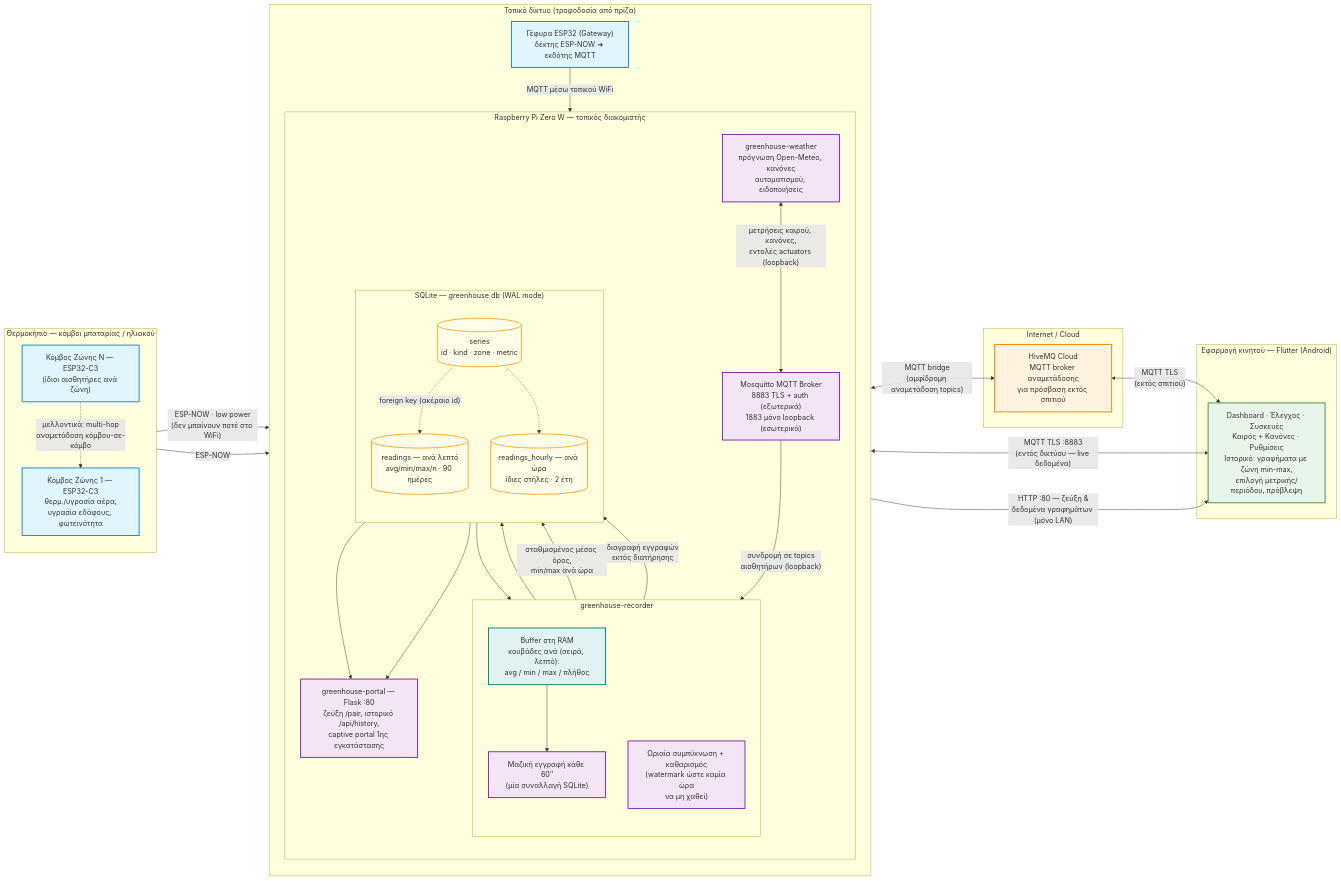
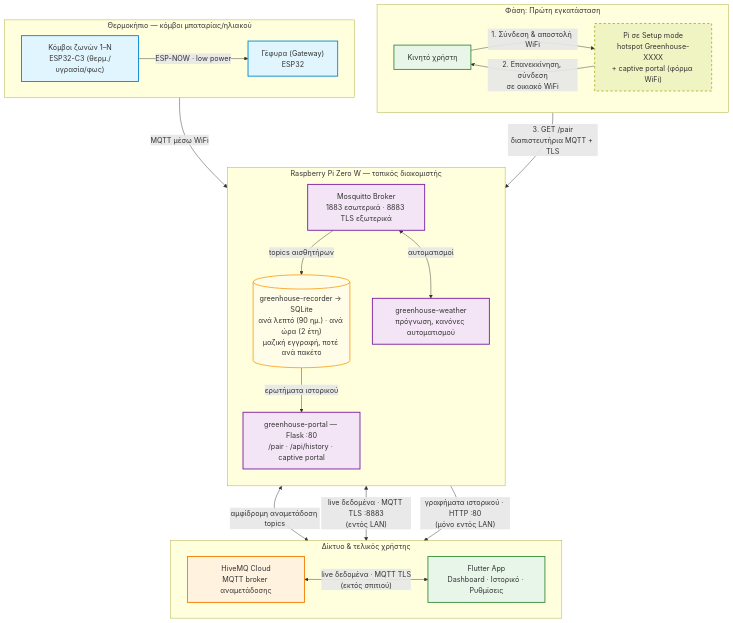
The diagram in docs/ARCHITECTURE.md (vtsitotas/GreenHouse), drawn with Mermaid before and after one commit. The commit also changed other lines of this file, not shown here.

Commit message:
docs: simplify architecture diagram into one flowchart incl. setup phase

````diff
--- a/docs/ARCHITECTURE.md
+++ b/docs/ARCHITECTURE.md
@@ -30,72 +25,53 @@
 ```mermaid
-flowchart LR
+flowchart TB
     classDef hw fill:#e1f5fe,stroke:#0288d1,stroke-width:2px;
     classDef sw fill:#f3e5f5,stroke:#7b1fa2,stroke-width:2px;
     classDef db fill:#fffde7,stroke:#f9a825,stroke-width:2px;
-    classDef mem fill:#e0f2f1,stroke:#00796b,stroke-width:2px;
     classDef cloud fill:#fff3e0,stroke:#f57c00,stroke-width:2px;
     classDef client fill:#e8f5e9,stroke:#388e3c,stroke-width:2px;
+    classDef setup fill:#f0f4c3,stroke:#afb42b,stroke-width:2px,stroke-dasharray: 5 5;
 
-    subgraph Field ["Θερμοκήπιο — κόμβοι μπαταρίας / ηλιακού"]
-        direction TB
-        Node1["Κόμβος Ζώνης 1 — ESP32-C3<br/>θερμ./υγρασία αέρα,<br/>υγρασία εδάφους, φωτεινότητα"]:::hw
-        NodeN["Κόμβος Ζώνης N — ESP32-C3<br/>(ίδιοι αισθητήρες ανά ζώνη)"]:::hw
+    %% -- Φάση 1: Πρώτη εγκατάσταση --
+    subgraph Setup ["Φάση: Πρώτη εγκατάσταση"]
+        direction LR
+        S_Phone["Κινητό χρήστη"]:::client
+        S_AP["Pi σε Setup mode<br/>hotspot Greenhouse-XXXX<br/>+ captive portal (φόρμα WiFi)"]:::setup
+        S_Phone -->|"1. Σύνδεση & αποστολή WiFi"| S_AP
+        S_AP -->|"2. Επανεκκίνηση, σύνδεση<br/>σε οικιακό WiFi"| S_Phone
     end
 
-    subgraph LAN ["Τοπικό δίκτυο (τροφοδοσία από πρίζα)"]
-        direction TB
-        Bridge["Γέφυρα ESP32 (Gateway)<br/>δέκτης ESP-NOW ➜ εκδότης MQTT"]:::hw
-
-        subgraph Pi ["Raspberry Pi Zero W — τοπικός διακομιστής"]
-            direction TB
-            Broker["Mosquitto MQTT Broker<br/>8883 TLS + auth (εξωτερικά)<br/>1883 μόνο loopback (εσωτερικά)"]:::sw
-            Weather["greenhouse-weather<br/>πρόγνωση Open-Meteo, κανόνες<br/>αυτοματισμού, ειδοποιήσεις"]:::sw
-
-            subgraph Rec ["greenhouse-recorder"]
-                direction TB
-                Buffer["Buffer στη RAM<br/>κουβάδες ανά (σειρά, λεπτό):<br/>avg / min / max / πλήθος"]:::mem
-                Flush["Μαζική εγγραφή κάθε 60″<br/>(μία συναλλαγή SQLite)"]:::sw
-                Rollup["Ωριαία συμπύκνωση + καθαρισμός<br/>(watermark ώστε καμία ώρα<br/>να μη χαθεί)"]:::sw
-            end
-
-            subgraph DB ["SQLite — greenhouse.db (WAL mode)"]
-                direction TB
-                Series[("series<br/>id · kind · zone · metric")]:::db
-                Readings[("readings — ανά λεπτό<br/>avg/min/max/n · 90 ημέρες")]:::db
-                Hourly[("readings_hourly — ανά ώρα<br/>ίδιες στήλες · 2 έτη")]:::db
-            end
-
-            Portal["greenhouse-portal — Flask :80<br/>ζεύξη /pair, ιστορικό /api/history,<br/>captive portal 1ης εγκατάστασης"]:::sw
-        end
+    %% -- Θερμοκήπιο --
+    subgraph Field ["Θερμοκήπιο — κόμβοι μπαταρίας/ηλιακού"]
+        direction LR
+        Nodes["Κόμβοι ζωνών 1–N<br/>ESP32-C3 (θερμ./υγρασία/φως)"]:::hw
+        Bridge["Γέφυρα (Gateway)<br/>ESP32"]:::hw
+        Nodes -->|"ESP-NOW · low power"| Bridge
     end
 
-    subgraph Cloud ["Internet / Cloud"]
-        HiveMQ["HiveMQ Cloud<br/>MQTT broker αναμετάδοσης<br/>για πρόσβαση εκτός σπιτιού"]:::cloud
+    %% -- Raspberry Pi --
+    subgraph Pi ["Raspberry Pi Zero W — τοπικός διακομιστής"]
+        direction TB
+        Broker["Mosquitto Broker<br/>1883 εσωτερικά · 8883 TLS εξωτερικά"]:::sw
+        Weather["greenhouse-weather<br/>πρόγνωση, κανόνες αυτοματισμού"]:::sw
+        Recorder[("greenhouse-recorder → SQLite<br/>ανά λεπτό (90 ημ.) · ανά ώρα (2 έτη)<br/>μαζική εγγραφή, ποτέ ανά πακέτο")]:::db
+        Portal["greenhouse-portal — Flask :80<br/>/pair · /api/history · captive portal"]:::sw
+
+        Broker -->|"topics αισθητήρων"| Recorder
+        Broker <-->|"αυτοματισμοί"| Weather
+        Recorder -->|"ερωτήματα ιστορικού"| Portal
     end
 
-    subgraph Phone ["Εφαρμογή κινητού — Flutter (Android)"]
-        AppUI["Dashboard · Έλεγχος · Συσκευές<br/>Καιρός + Κανόνες · Ρυθμίσεις<br/>Ιστορικό: γραφήματα με ζώνη min-max,<br/>επιλογή μετρικής/περιόδου, πρόβλεψη"]:::client
+    %% -- Cloud & Εφαρμογή --
+    subgraph External ["Δίκτυο & τελικός χρήστης"]
+        direction LR
+        HiveMQ["HiveMQ Cloud<br/>MQTT broker αναμετάδοσης"]:::cloud
+        App["Flutter App<br/>Dashboard · Ιστορικό · Ρυθμίσεις"]:::client
     end
 
-    Node1 -->|"ESP-NOW · low power<br/>(δεν μπαίνουν ποτέ στο WiFi)"| Bridge
-    NodeN -->|"ESP-NOW"| Bridge
-    NodeN -.->|"μελλοντικά: multi-hop<br/>αναμετάδοση κόμβου-σε-κόμβο"| Node1
-
-    Bridge -->|"MQTT μέσω τοπικού WiFi"| Broker
-    Broker -->|"συνδρομή σε topics<br/>αισθητήρων (loopback)"| Buffer
-    Weather <-->|"μετρήσεις καιρού, κανόνες,<br/>εντολές actuators (loopback)"| Broker
-
-    Buffer --> Flush --> Readings
-    Readings --> Rollup
-    Rollup -->|"σταθμισμένος μέσος όρος,<br/>min/max ανά ώρα"| Hourly
-    Rollup -->|"διαγραφή εγγραφών<br/>εκτός διατήρησης"| Readings
-    Series -.->|"foreign key (ακέραιο id)"| Readings
-    Series -.-> Hourly
-    Readings --> Portal
-    Hourly --> Portal
-
-    Broker <-->|"MQTT TLS :8883<br/>(εντός δικτύου — live δεδομένα)"| AppUI
-    Portal -->|"HTTP :80 — ζεύξη &<br/>δεδομένα γραφημάτων (μόνο LAN)"| AppUI
-    Broker <-->|"MQTT bridge<br/>(αμφίδρομη αναμετάδοση topics)"| HiveMQ
-    HiveMQ <-->|"MQTT TLS<br/>(εκτός σπιτιού)"| AppUI
+    S_AP -->|"3. GET /pair<br/>διαπιστευτήρια MQTT + TLS"| Portal
+    Bridge -->|"MQTT μέσω WiFi"| Broker
+    Broker <-->|"αμφίδρομη αναμετάδοση topics"| HiveMQ
+    Broker <-->|"live δεδομένα · MQTT TLS :8883<br/>(εντός LAN)"| App
+    HiveMQ <-->|"live δεδομένα · MQTT TLS<br/>(εκτός σπιτιού)"| App
+    Portal -->|"γραφήματα ιστορικού · HTTP :80<br/>(μόνο εντός LAN)"| App
 ```
````
